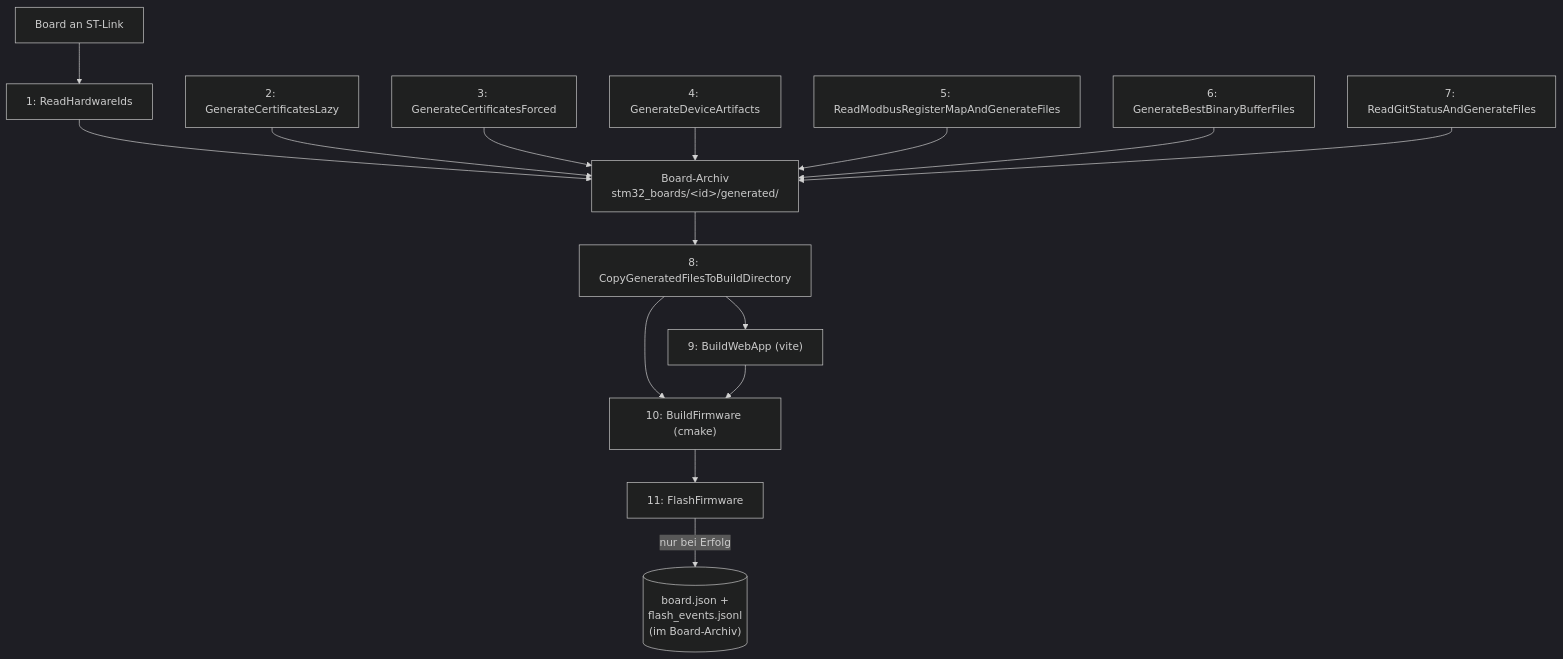
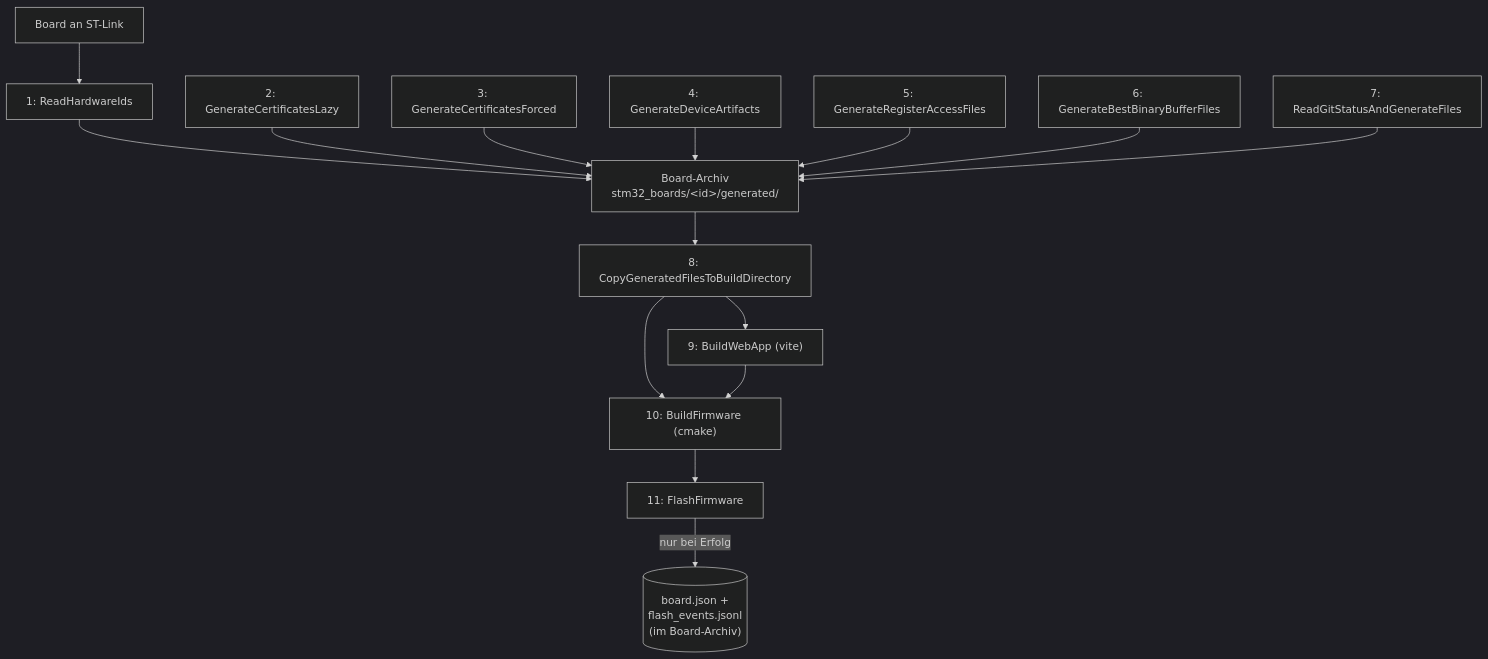
One commit to klaus-liebler/factory_in_a_box changed the diagram in firmware_factory_control_unit/docs/build-process.md. Above: the diagram before and after it, drawn with Mermaid (dark theme). The commit also changed other lines of this file and 48 other files, not shown here.

First line of the commit message:
Control Unit: register-map redesign, SNTP clock, USB ISR logging fix

````diff
--- a/firmware_factory_control_unit/docs/build-process.md
+++ b/firmware_factory_control_unit/docs/build-process.md
@@ -88,32 +88,32 @@
 ```mermaid
 flowchart TD
     HW["Board an ST-Link"]
     HWID["1: ReadHardwareIds"]
     CERTL["2: GenerateCertificatesLazy"]
     CERTF["3: GenerateCertificatesForced"]
     ART["4: GenerateDeviceArtifacts"]
-    RM["5: ReadModbusRegisterMapAndGenerateFiles"]
+    RM["5: GenerateRegisterAccessFiles"]
     WSP["6: GenerateBestBinaryBufferFiles"]
     GS["7: ReadGitStatusAndGenerateFiles"]
     ARCHIVE["Board-Archiv\nstm32_boards/&lt;id&gt;/generated/"]
     COPY["8: CopyGeneratedFilesToBuildDirectory"]
     WEB["9: BuildWebApp (vite)"]
     FW["10: BuildFirmware (cmake)"]
     FLASH["11: FlashFirmware"]
     BOARDJSON[("board.json +\nflash_events.jsonl\n(im Board-Archiv)")]
 
     HW --> HWID
     HWID --> ARCHIVE
     CERTL --> ARCHIVE
     CERTF --> ARCHIVE
     ART --> ARCHIVE
     RM --> ARCHIVE
     WSP --> ARCHIVE
     GS --> ARCHIVE
     ARCHIVE --> COPY
     COPY --> WEB
     COPY --> FW
     WEB --> FW
     FW --> FLASH
     FLASH -->|"nur bei Erfolg"| BOARDJSON
 ```
````
